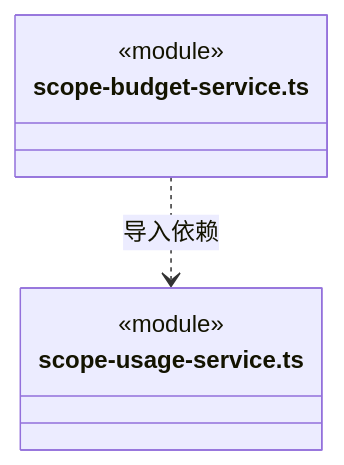
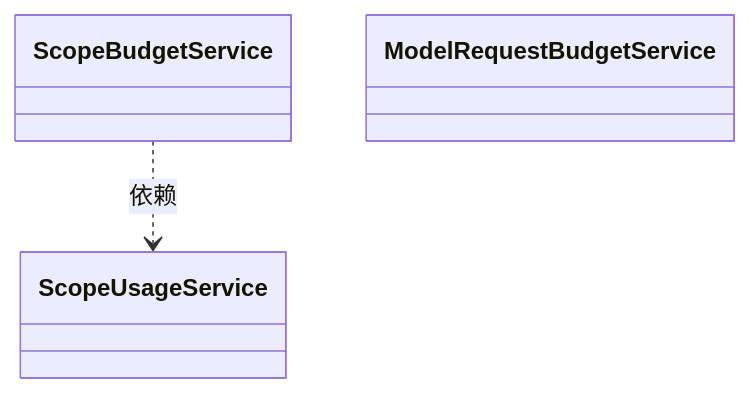
The diagram in src/logic/budget/runtime/ARCHITECTURE.md (nan023062/cbim), drawn with Mermaid before and after one commit. The commit also changed other lines of this file and 158 other files, not shown here.

Commit message:
docs: model architecture through nested virtual encapsulations

````diff
--- a/src/logic/budget/runtime/ARCHITECTURE.md
+++ b/src/logic/budget/runtime/ARCHITECTURE.md
@@ -200,10 +21,10 @@
 ```mermaid
 classDiagram
-class N_src_logic_budget_runtime_scope_budget_service_ts["scope-budget-service.ts"] {
-  <<module>>
-}
-class N_src_logic_budget_runtime_scope_usage_service_ts["scope-usage-service.ts"] {
-  <<module>>
-}
-N_src_logic_budget_runtime_scope_budget_service_ts ..> N_src_logic_budget_runtime_scope_usage_service_ts : 导入依赖
+class N_e26175468e25["ScopeBudgetService"]
+click N_e26175468e25 href "scope-budget-service.ts"
+class N_8402036636f9["ScopeUsageService"]
+click N_8402036636f9 href "scope-usage-service.ts"
+class N_24787696b186["ModelRequestBudgetService"]
+click N_24787696b186 href "model-request-budget-service.ts"
+N_e26175468e25 ..> N_8402036636f9 : 依赖
 ```
````
